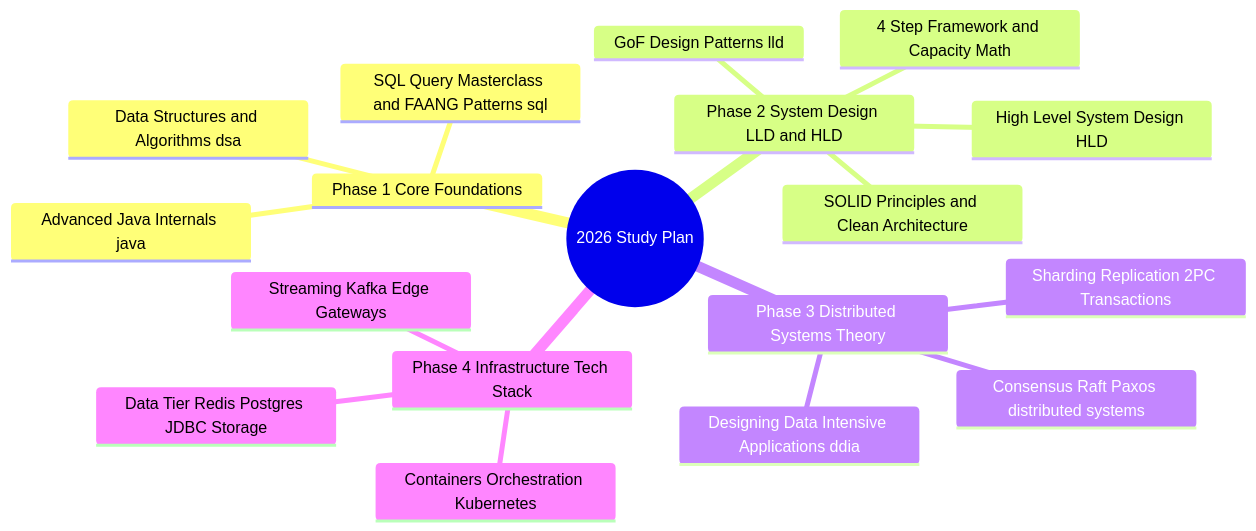
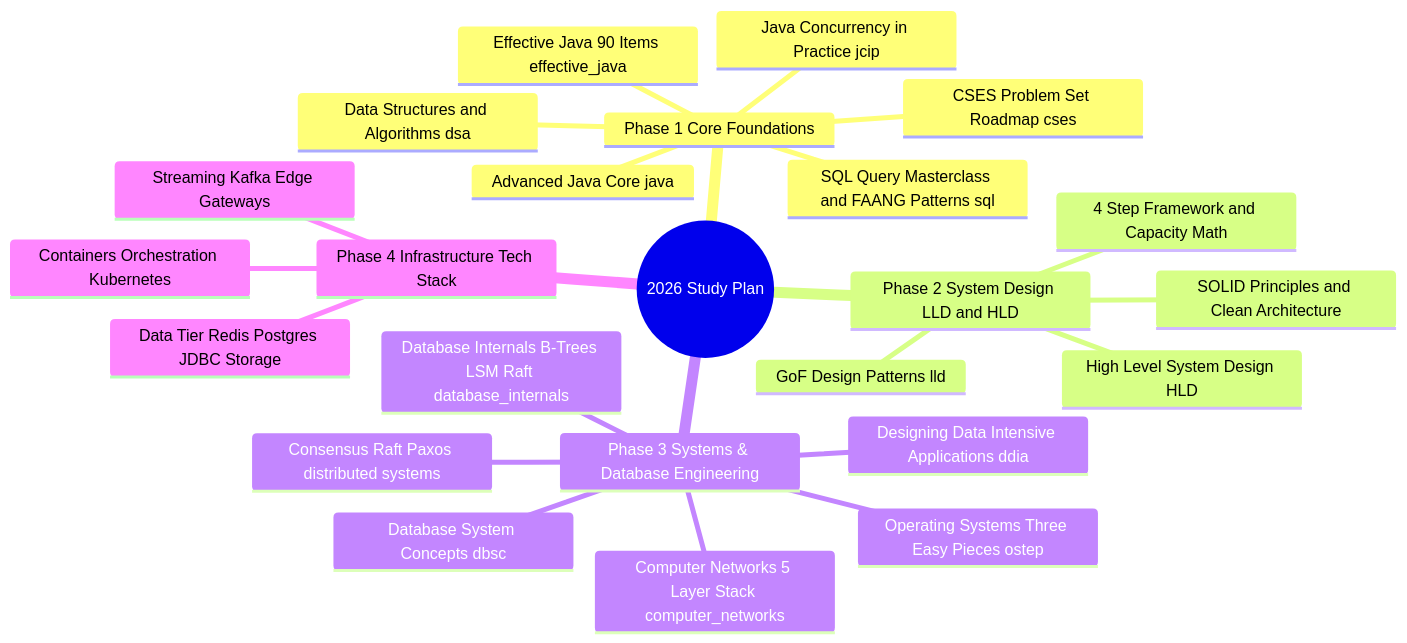
One commit to chauhankartik/private-2026 changed the diagram in STUDY_PLAN_2026.md. Above: the diagram before and after it, drawn with Mermaid. The commit also changed other lines of this file, not shown here.

Commit message:
docs(study-plan): update 2026 Master Study Plan with CSES, Effective Java, JCIP, OSTEP, Computer Networks, DBSC, and Database Internals modules

````diff
--- a/STUDY_PLAN_2026.md
+++ b/STUDY_PLAN_2026.md
@@ -9,21 +9,27 @@
 ```mermaid
 mindmap
   root((2026 Study Plan))
     Phase 1 Core Foundations
       Data Structures and Algorithms dsa
-      Advanced Java Internals java
+      CSES Problem Set Roadmap cses
+      Advanced Java Core java
+      Effective Java 90 Items effective_java
+      Java Concurrency in Practice jcip
       SQL Query Masterclass and FAANG Patterns sql
     Phase 2 System Design LLD and HLD
       SOLID Principles and Clean Architecture
       GoF Design Patterns lld
       High Level System Design HLD
       4 Step Framework and Capacity Math
-    Phase 3 Distributed Systems Theory
+    Phase 3 Systems & Database Engineering
+      Operating Systems Three Easy Pieces ostep
+      Computer Networks 5 Layer Stack computer_networks
+      Database System Concepts dbsc
+      Database Internals B-Trees LSM Raft database_internals
       Designing Data Intensive Applications ddia
       Consensus Raft Paxos distributed systems
-      Sharding Replication 2PC Transactions
     Phase 4 Infrastructure Tech Stack
       Data Tier Redis Postgres JDBC Storage
       Streaming Kafka Edge Gateways
       Containers Orchestration Kubernetes
 ```
````
